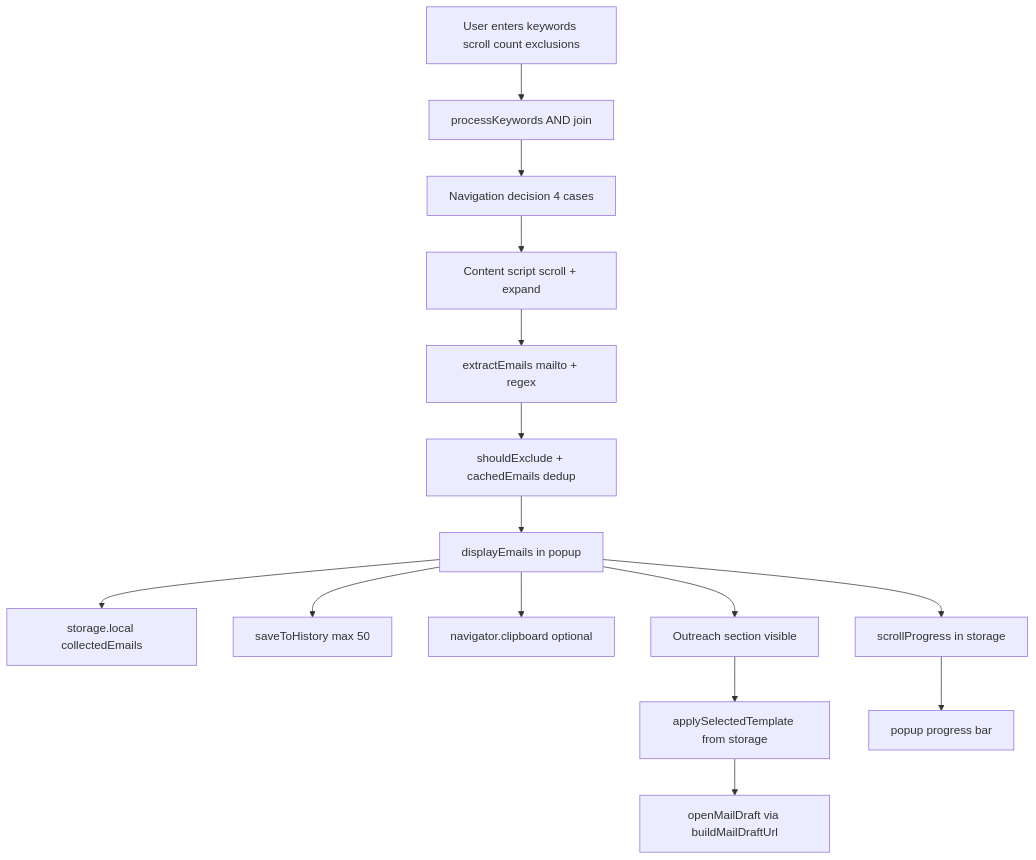
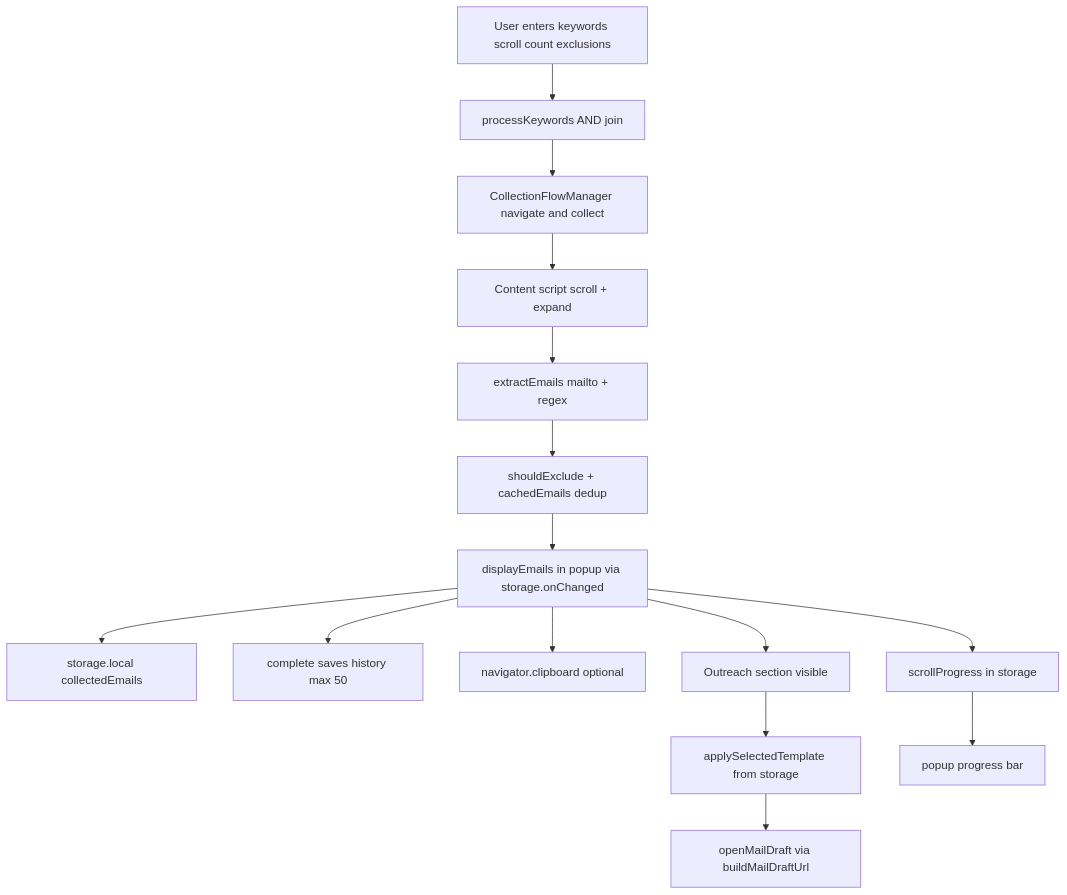
The seventh of 8 diagrams in docs/ARCHITECTURE.md (yagnesh97/reach-in), drawn with Mermaid before and after one commit. The commit also changed other lines of this file and 13 other files, not shown here.

First line of the commit message:
Enhance email collection flow and UI in ReachIn extension

````diff
--- a/docs/ARCHITECTURE.md
+++ b/docs/ARCHITECTURE.md
@@ -295,18 +307,18 @@
 ```mermaid
 flowchart TD
   Input[User enters keywords scroll count exclusions]
   Input --> Process[processKeywords AND join]
-  Process --> Navigate[Navigation decision 4 cases]
-  Navigate --> Scroll[Content script scroll + expand]
+  Process --> SmartCollect[CollectionFlowManager navigate and collect]
+  SmartCollect --> Scroll[Content script scroll + expand]
   Scroll --> Extract[extractEmails mailto + regex]
   Extract --> Filter[shouldExclude + cachedEmails dedup]
-  Filter --> Display[displayEmails in popup]
+  Filter --> Display[displayEmails in popup via storage.onChanged]
   Display --> Persist[storage.local collectedEmails]
-  Display --> History[saveToHistory max 50]
+  Display --> History[complete saves history max 50]
   Display --> Copy[navigator.clipboard optional]
   Display --> Outreach[Outreach section visible]
   Outreach --> AutoFill[applySelectedTemplate from storage]
   AutoFill --> MailDraft[openMailDraft via buildMailDraftUrl]
   Display --> Progress[scrollProgress in storage]
   Progress --> PopupBar[popup progress bar]
 ```
````
